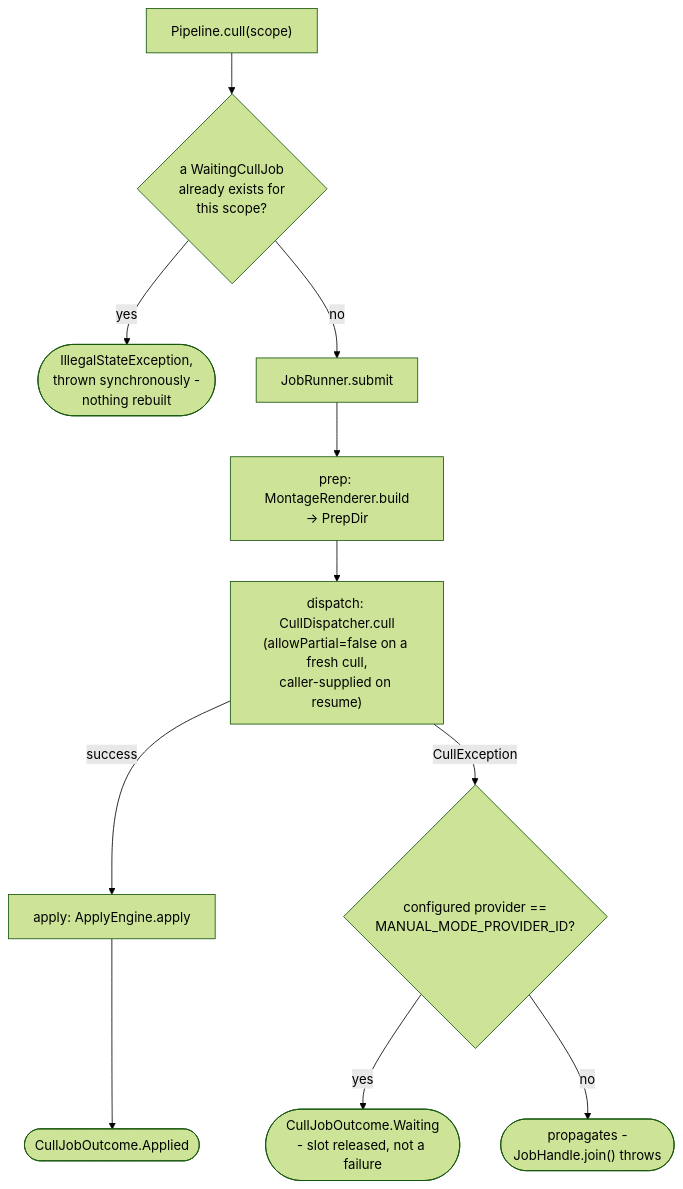
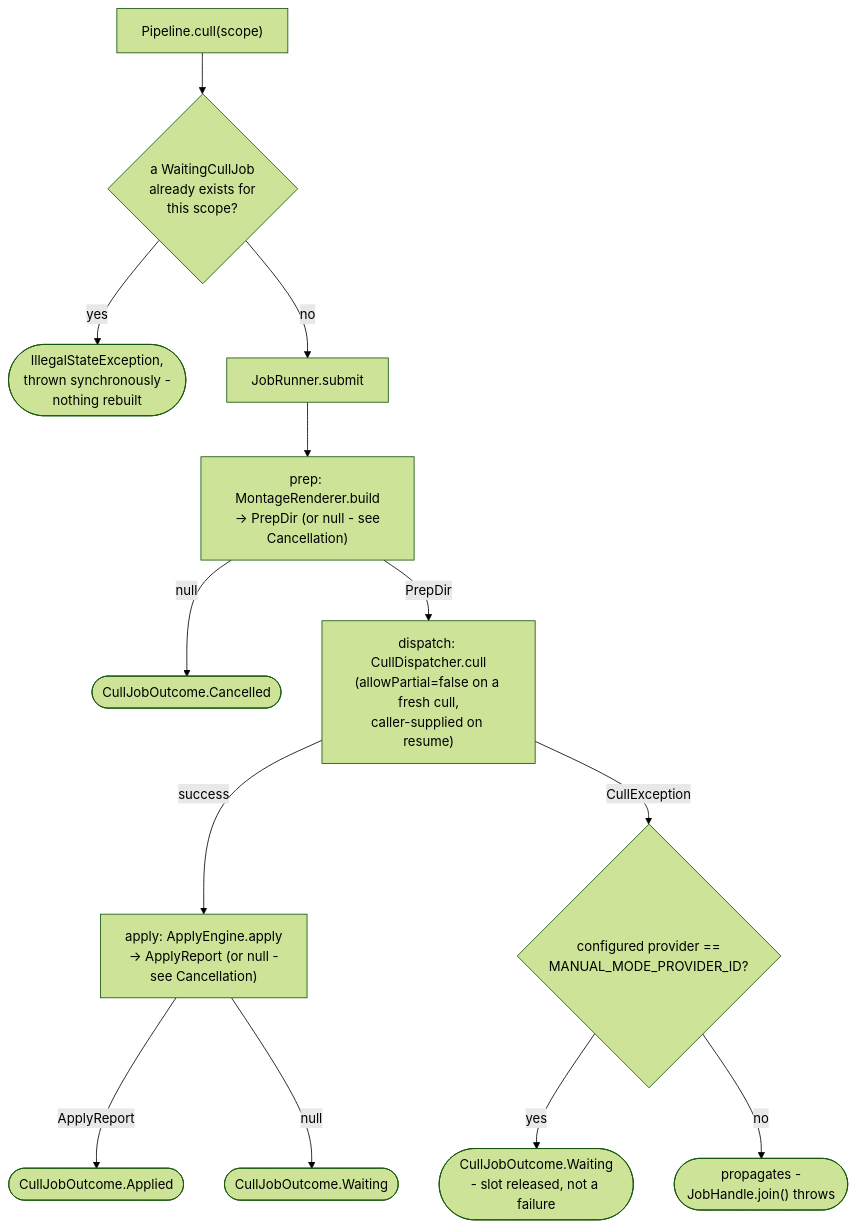
The second of 5 diagrams in app/docs/design/application/service/pipeline.md (AdrianNachev91/sluice), drawn with Mermaid (forest theme) before and after one commit. The commit also changed other lines of this file and 17 other files, not shown here.

First line of the commit message:
feat(java-port): Phase 12 - chunk 10 mid-loop cancellation for commit/rescue/montage-render/apply

````diff
--- a/app/docs/design/application/service/pipeline.md
+++ b/app/docs/design/application/service/pipeline.md
@@ -68,13 +68,15 @@
 ```mermaid
 flowchart TD
     A["Pipeline.cull(scope)"] --> W{"a WaitingCullJob<br/>already exists for<br/>this scope?"}
     W -- "yes" --> WZ(["IllegalStateException,<br/>thrown synchronously -<br/>nothing rebuilt"])
     W -- "no" --> B["JobRunner.submit"]
-    B --> P["prep: MontageRenderer.build<br/>-> PrepDir"]
-    P --> D["dispatch: CullDispatcher.cull<br/>(allowPartial=false on a fresh cull,<br/>caller-supplied on resume)"]
-    D -- "success" --> AP["apply: ApplyEngine.apply"]
-    AP --> APP(["CullJobOutcome.Applied"])
+    B --> P["prep: MontageRenderer.build<br/>-> PrepDir (or null - see<br/>Cancellation)"]
+    P -- "null" --> PZ(["CullJobOutcome.Cancelled"])
+    P -- "PrepDir" --> D["dispatch: CullDispatcher.cull<br/>(allowPartial=false on a fresh cull,<br/>caller-supplied on resume)"]
+    D -- "success" --> AP["apply: ApplyEngine.apply<br/>-> ApplyReport (or null -<br/>see Cancellation)"]
+    AP -- "ApplyReport" --> APP(["CullJobOutcome.Applied"])
+    AP -- "null" --> APZ(["CullJobOutcome.Waiting"])
     D -- "CullException" --> M{"configured provider ==<br/>MANUAL_MODE_PROVIDER_ID?"}
     M -- "yes" --> WT(["CullJobOutcome.Waiting<br/>- slot released, not a failure"])
     M -- "no" --> RT(["propagates -<br/>JobHandle.join() throws"])
 ```
````
